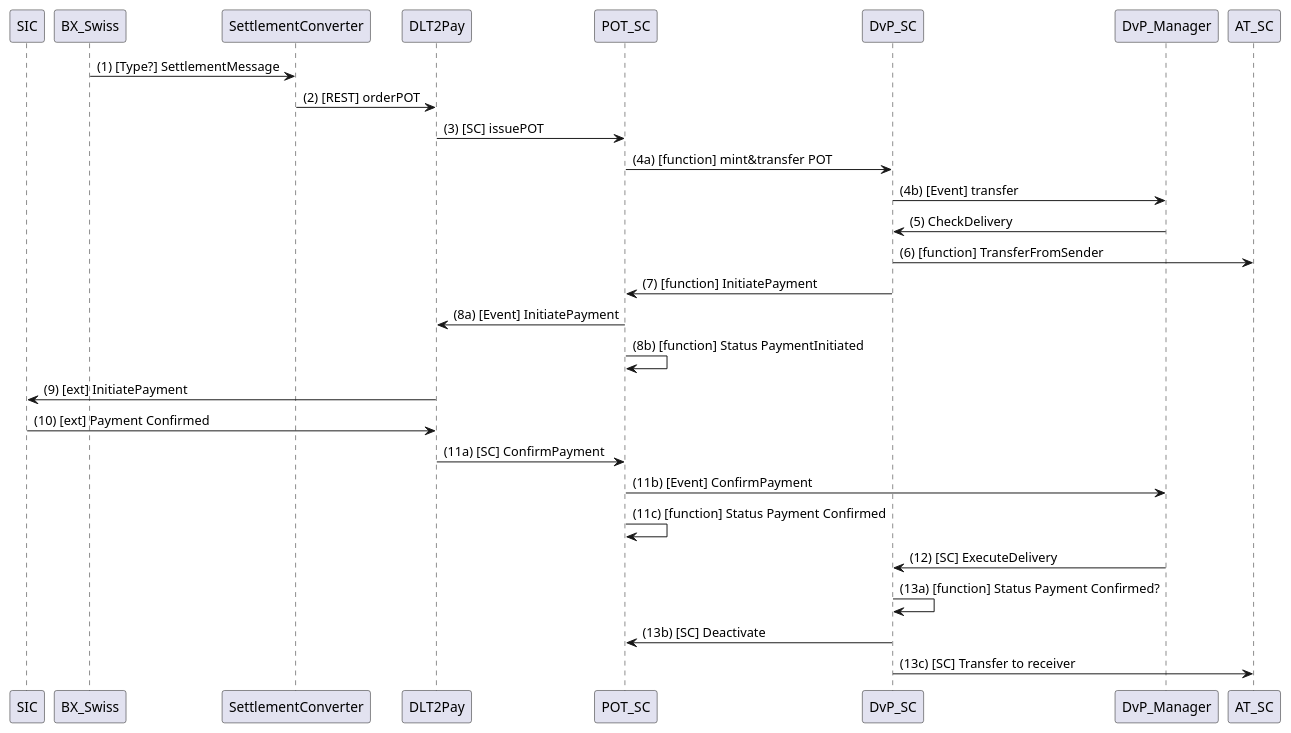
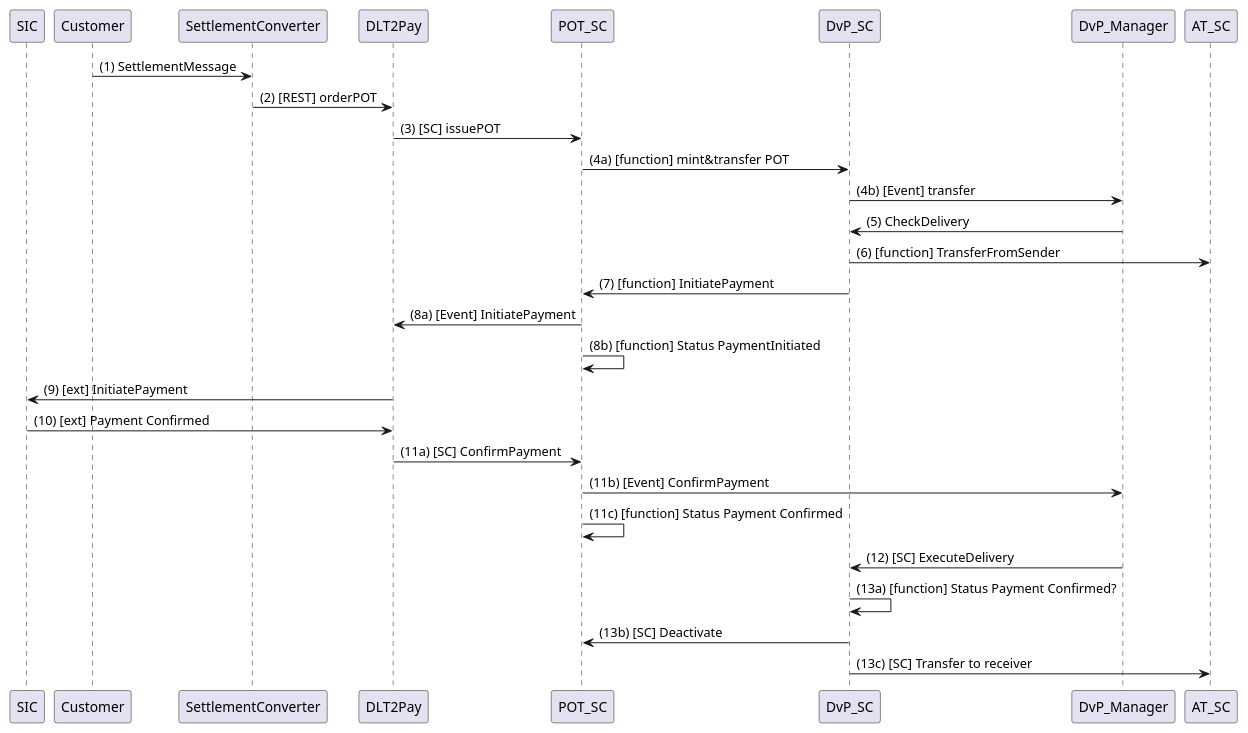
One commit to CMTA/DVP changed the diagram in docs/DVP sequence.puml. Above: the diagram before and after it, drawn with PlantUML. The commit also changed 1 other file, not shown here.

Commit message:
Add 'DVP Sequence.png', created from 'DVP Sequence.puml'

```diff
--- a/docs/DVP sequence.puml
+++ b/docs/DVP sequence.puml
@@ -1,52 +1,52 @@
 @startuml
 
-participant BX_Swiss order 10
+participant Customer order 10
 participant SettlementConverter order 20
 participant DLT2Pay order 30
 participant POT_SC order 40
 participant DvP_SC order 50
 participant DLT2Pay order 60
 participant DvP_Manager order 70
 participant AT_SC order 80
 
 
 
-BX_Swiss -> SettlementConverter : (1) [Type?] SettlementMessage
+Customer -> SettlementConverter : (1) SettlementMessage
 
 SettlementConverter -> DLT2Pay : (2) [REST] orderPOT
 
 DLT2Pay -> POT_SC : (3) [SC] issuePOT
 
 POT_SC -> DvP_SC : (4a) [function] mint&transfer POT
 
 DvP_SC -> DvP_Manager : (4b) [Event] transfer
 
 DvP_Manager -> DvP_SC : (5) CheckDelivery
 
 DvP_SC -> AT_SC : (6) [function] TransferFromSender
 
 DvP_SC -> POT_SC : (7) [function] InitiatePayment
 
 POT_SC -> DLT2Pay : (8a) [Event] InitiatePayment
 
 POT_SC -> POT_SC : (8b) [function] Status PaymentInitiated
 
 DLT2Pay -> SIC : (9) [ext] InitiatePayment
 
 SIC -> DLT2Pay : (10) [ext] Payment Confirmed
 
 DLT2Pay -> POT_SC : (11a) [SC] ConfirmPayment
 
 POT_SC -> DvP_Manager : (11b) [Event] ConfirmPayment
 
 POT_SC -> POT_SC : (11c) [function] Status Payment Confirmed
 
 DvP_Manager -> DvP_SC : (12) [SC] ExecuteDelivery
 
 DvP_SC -> DvP_SC : (13a) [function] Status Payment Confirmed?
 
 DvP_SC -> POT_SC : (13b) [SC] Deactivate
 
 DvP_SC -> AT_SC : (13c) [SC] Transfer to receiver
 
 @enduml
```
